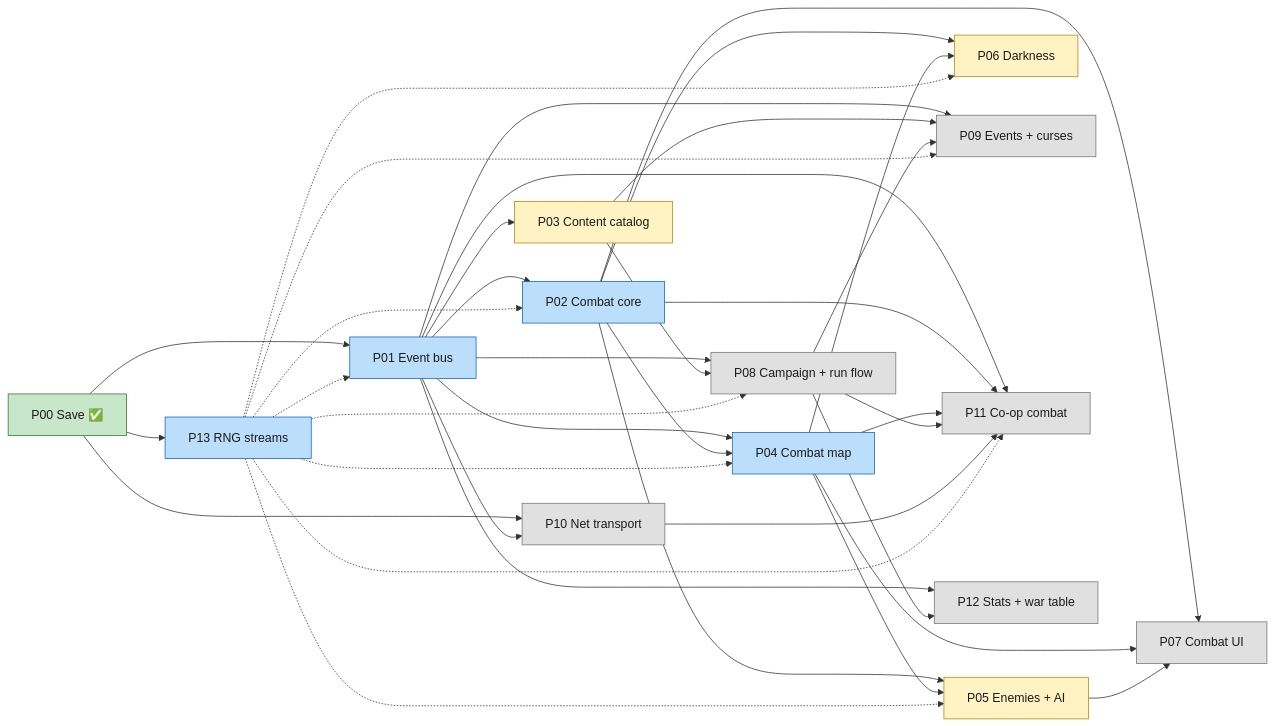
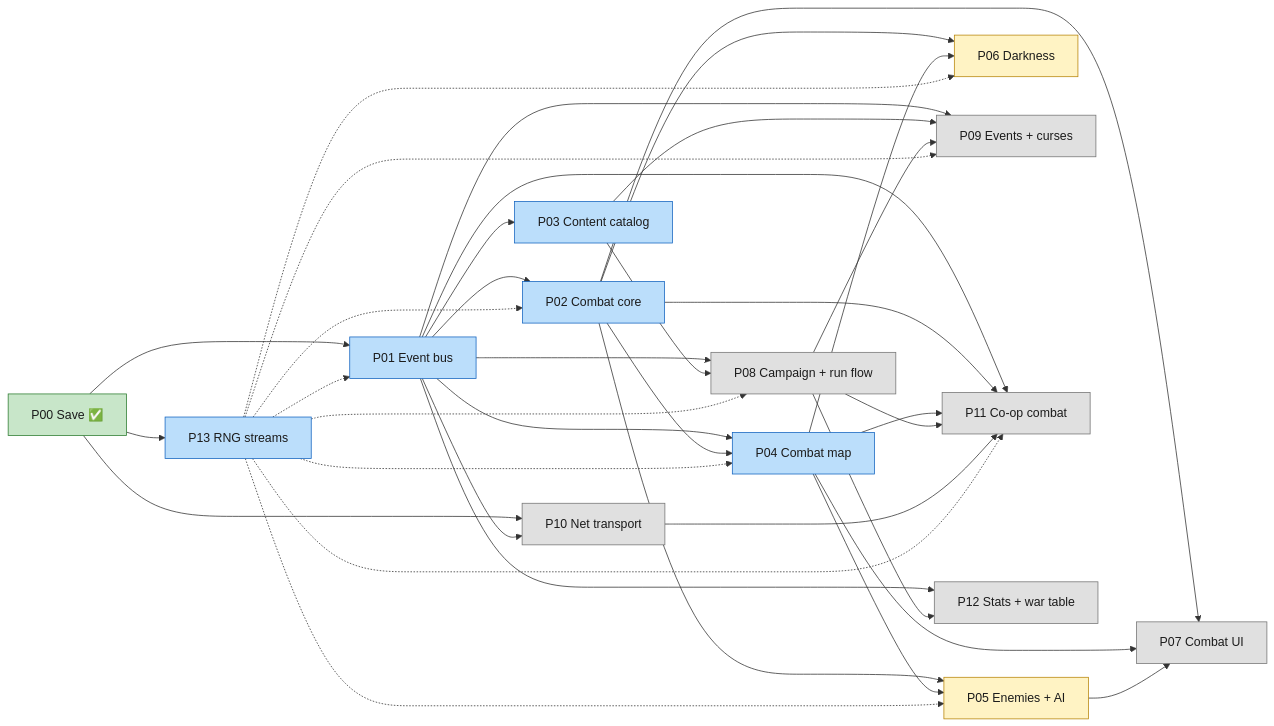
Before and after one commit to DevinHMurphy/bandit-bash: the first of 2 diagrams in docs/plans/game-orchestrator.md, drawn with Mermaid. The commit also changed other lines of this file and 1 other file, not shown here.

Commit message:
Draft P03 (content catalog); record answers 1-9; EB7 back to ready

````diff
--- a/docs/plans/game-orchestrator.md
+++ b/docs/plans/game-orchestrator.md
@@ -116,47 +116,47 @@
 ```mermaid
 flowchart LR
   P00[P00 Save ✅] --> P01[P01 Event bus]
   P00 --> P13[P13 RNG streams]
   P00 --> P10[P10 Net transport]
   P01 --> P02[P02 Combat core]
   P01 --> P03[P03 Content catalog]
   P01 --> P04[P04 Combat map]
   P02 --> P04
   P02 --> P05[P05 Enemies + AI]
   P04 --> P05
   P02 --> P06[P06 Darkness]
   P04 --> P06
   P02 --> P07[P07 Combat UI]
   P04 --> P07
   P05 --> P07
   P01 --> P08[P08 Campaign + run flow]
   P03 --> P08
   P01 --> P09[P09 Events + curses]
   P03 --> P09
   P08 --> P09
   P01 --> P10
   P01 --> P11[P11 Co-op combat]
   P02 --> P11
   P04 --> P11
   P08 --> P11
   P10 --> P11
   P01 --> P12[P12 Stats + war table]
   P08 --> P12
   P13 -.-> P01
   P13 -.-> P02
   P13 -.-> P04
   P13 -.-> P05
   P13 -.-> P06
   P13 -.-> P08
   P13 -.-> P09
   P13 -.-> P11
 
   classDef done fill:#c8e6c9,stroke:#2e7d32,color:#1b1b1b
   classDef active fill:#bbdefb,stroke:#1565c0,color:#1b1b1b
   classDef ready fill:#fff3c4,stroke:#b8860b,color:#1b1b1b
   classDef waiting fill:#e0e0e0,stroke:#757575,color:#1b1b1b
   class P00 done
-  class P01,P02,P04,P13 active
-  class P03,P05,P06 ready
+  class P01,P02,P03,P04,P13 active
+  class P05,P06 ready
   class P07,P08,P09,P10,P11,P12 waiting
 ```
````
